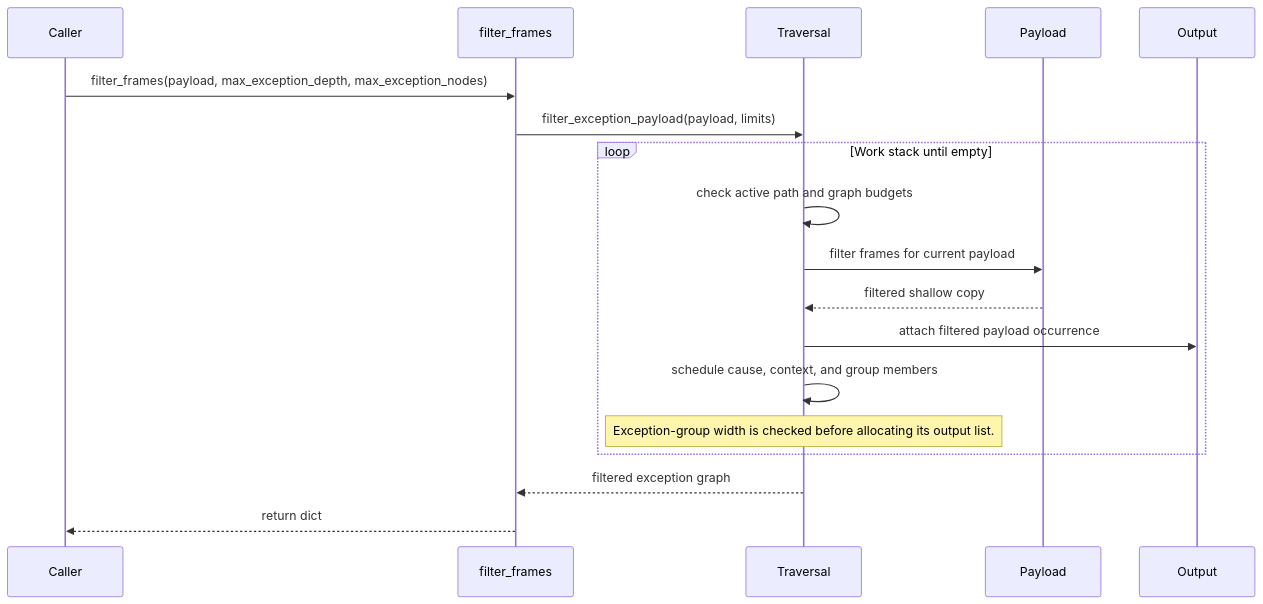
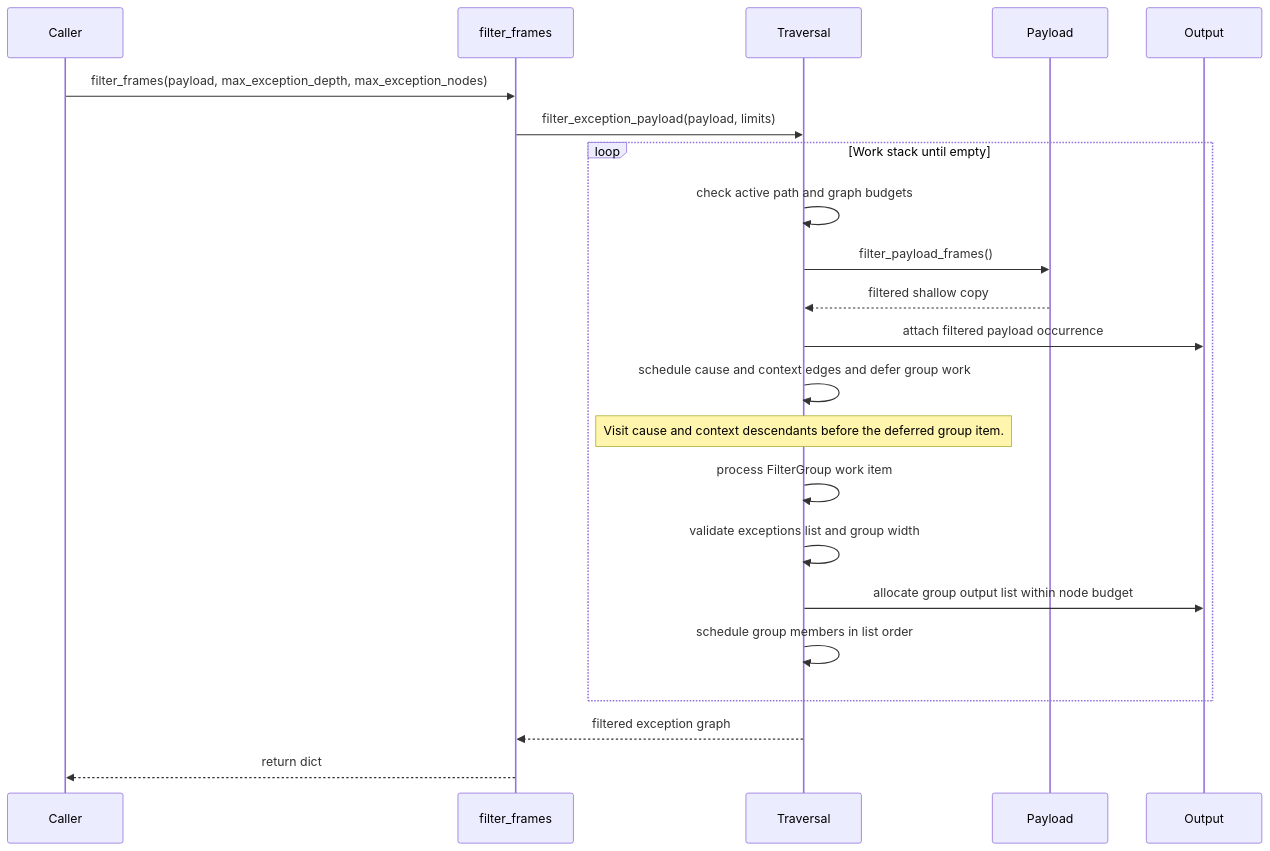
The third of 3 diagrams in docs/frame-filtering-design.md (leynos/femtologging), drawn with Mermaid before and after one commit. The commit also changed other lines of this file and 1 other file, not shown here.

First line of the commit message:
Cover malformed exception graph edges

````diff
--- a/docs/frame-filtering-design.md
+++ b/docs/frame-filtering-design.md
@@ -132,28 +140,33 @@
 ```mermaid
 sequenceDiagram
     accTitle: Python exception payload filtering sequence
     accDescr {
-      The caller passes graph limits to filter_frames. Traversal checks active
-      path identity and budgets before filtering each payload, attaches its
-      filtered shallow copy, and schedules its cause, context, and group
-      members. Group width is checked before its output list is allocated.
+      The caller passes graph limits to filter_frames. Each Enter work item
+      checks active-path identity and budgets before filtering and attaching a
+      shallow copy, then schedules cause and context edges. A deferred
+      FilterGroup work item checks list width before output-list allocation and
+      member scheduling.
     }
     participant Caller
     participant filter_frames
     participant Traversal
     participant Payload
     participant Output
 
     Caller->>filter_frames: filter_frames(payload, max_exception_depth, max_exception_nodes)
     filter_frames->>Traversal: filter_exception_payload(payload, limits)
     loop Work stack until empty
         Traversal->>Traversal: check active path and graph budgets
-        Traversal->>Payload: filter frames for current payload
+        Traversal->>Payload: filter_payload_frames()
         Payload-->>Traversal: filtered shallow copy
         Traversal->>Output: attach filtered payload occurrence
-        Traversal->>Traversal: schedule cause, context, and group members
-        Note over Traversal: Exception-group width is checked before allocating its output list.
+        Traversal->>Traversal: schedule cause and context edges and defer group work
+        Note over Traversal: Visit cause and context descendants before the deferred group item.
+        Traversal->>Traversal: process FilterGroup work item
+        Traversal->>Traversal: validate exceptions list and group width
+        Traversal->>Output: allocate group output list within node budget
+        Traversal->>Traversal: schedule group members in list order
     end
     Traversal-->>filter_frames: filtered exception graph
     filter_frames-->>Caller: return dict
 ```
````
